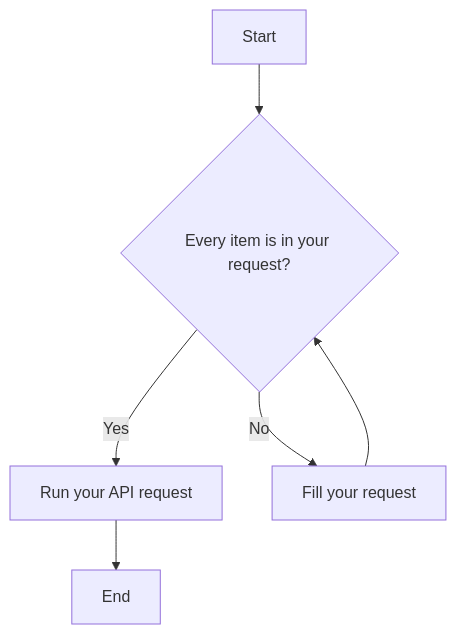
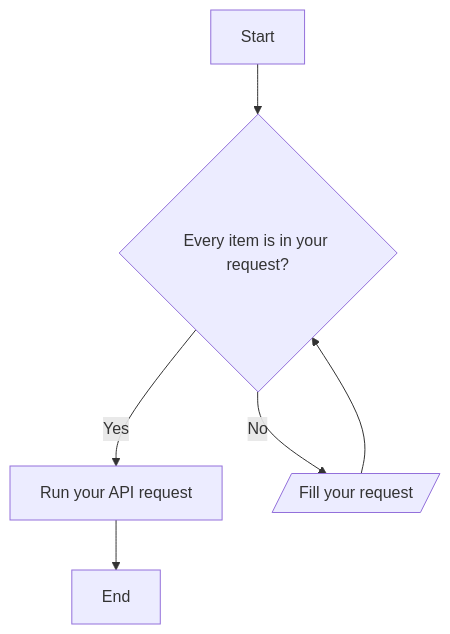
The diagram in README.md (Fluorin3/CarTargetActionPredictor), drawn with Mermaid before and after one commit. The commit also changed other lines of this file, not shown here.

````diff
--- a/README.md
+++ b/README.md
@@ -59,6 +59,6 @@
 ```mermaid
 graph TD
   A[Start] --> B{Every item is in your request?}
   B --> |Yes| C[Run your API request] --> E[End]
-  B --> |No| D[Fill your request] --> B
+  B --> |No| D[/Fill your request/] --> B
 ```
````
